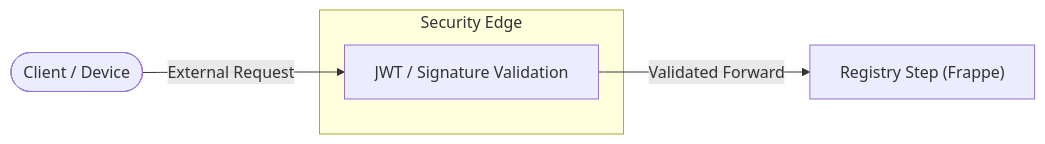
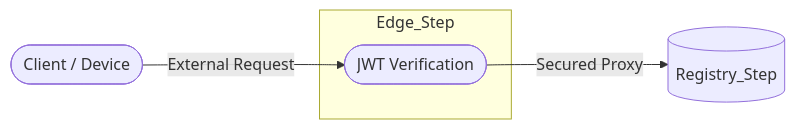
Before and after one commit to internetartsy/JK: the second of 2 diagrams in documentation/rust_gateway.md, drawn with Mermaid. The commit also changed other lines of this file and 37 other files, not shown here.

````diff
--- a/documentation/rust_gateway.md
+++ b/documentation/rust_gateway.md
@@ -27,11 +60,11 @@
 ```mermaid
 flowchart LR
     User(["Client / Device"])
-    subgraph Edge_Step [Security Edge]
-        Check["JWT / Signature Validation"]
+    subgraph Edge_Stage [Edge_Step]
+        Check(["JWT Verification"])
     end
-    Frappe["Registry Step (Frappe)"]
+    Frappe[("Registry_Step")]
 
     User -->|"External Request"| Check
-    Check -->|"Validated Forward"| Frappe
+    Check -->|"Secured Proxy"| Frappe
 ```
````
